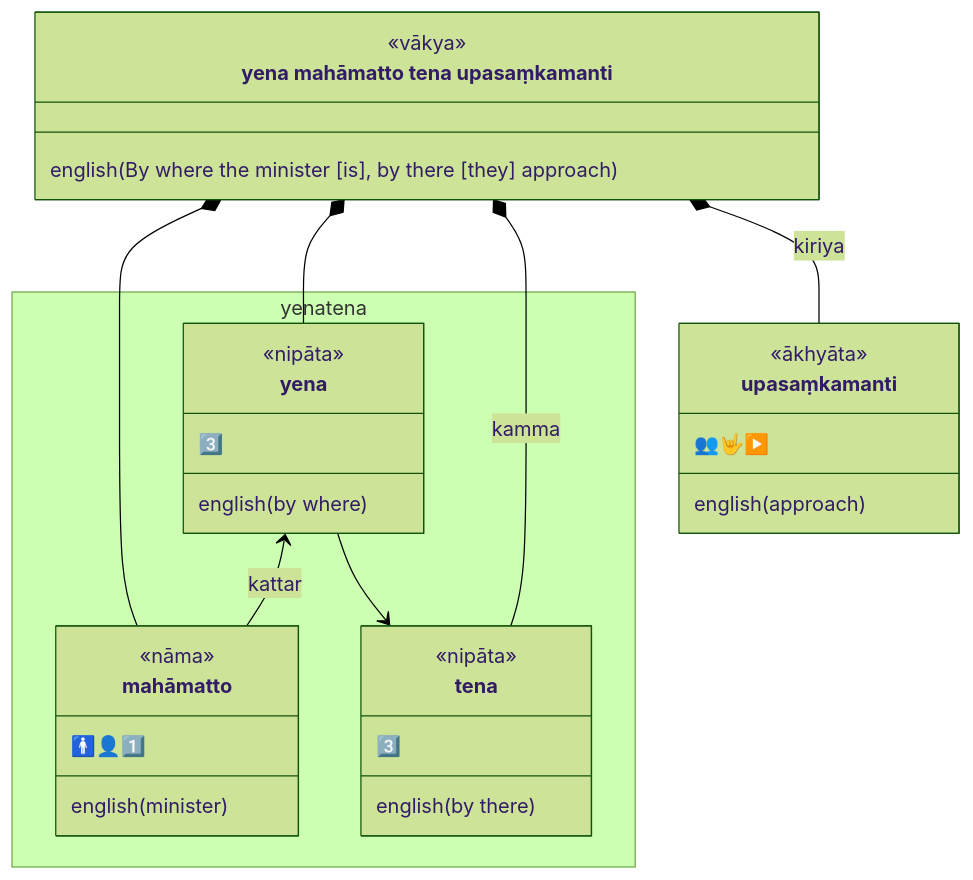
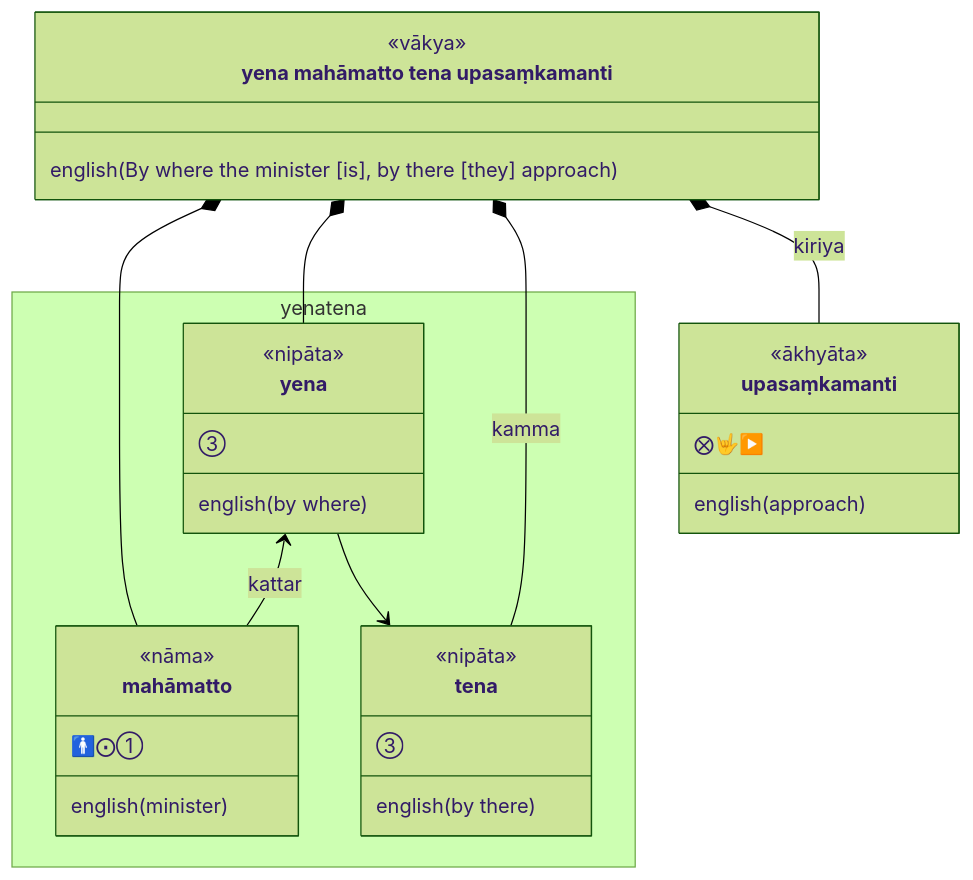
One commit to ChristineTham/buddhavacana changed the fifth of 60 diagrams in content/en/docs/Pali/sentences.md. Above: the diagram before and after it, drawn with Mermaid (forest theme). The commit also changed other lines of this file and 71 other files, not shown here.

````diff
--- a/content/en/docs/Pali/sentences.md
+++ b/content/en/docs/Pali/sentences.md
@@ -167,35 +167,35 @@
 ```mermaid
 classDiagram
   class sentence["yena mahāmatto tena upasaṃkamanti"] {
     <<vākya>>
     english(By where the minister [is], by there [they] approach)
   }
   namespace yenatena {
     class yena {
       <<nipāta>>
-      3️⃣
+      ③
       english(by where)
     }
     class mahāmatto {
       <<nāma>>
-      🚹👤1️⃣
+      🚹⨀①
       english(minister)
     }
     class tena {
       <<nipāta>>
-      3️⃣
+      ③
       english(by there)
     }
   }
   class upasaṃkamanti {
     <<ākhyāta>>
-     👥🤟▶️
+     ⨂🤟▶️
     english(approach)
   }
   sentence *-- yena
   sentence *-- mahāmatto
   yena <-- mahāmatto : kattar
   yena --> tena
   sentence *-- tena : kamma
   sentence *-- upasaṃkamanti: kiriya
 ```
````
